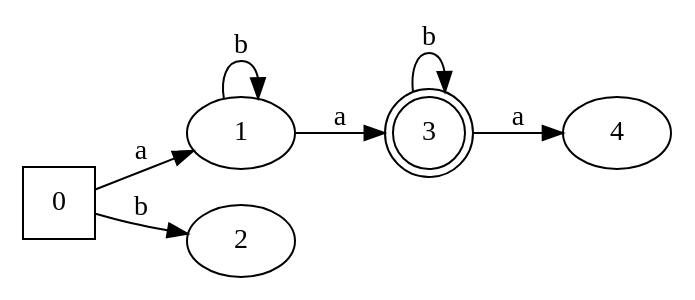
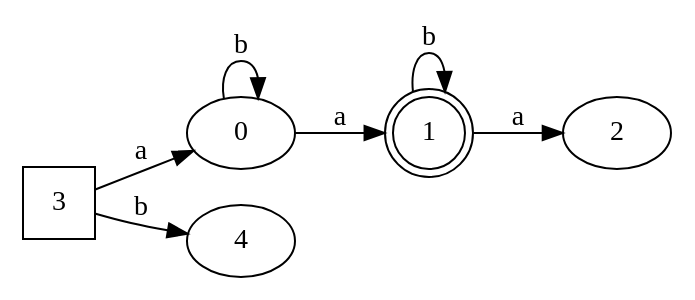
The diagram in graphs/afdd/a.(b)*.a.(b)*.dot (jav-ram/compis1), drawn with Graphviz before and after one commit. The commit also changed 34 other files, not shown here.

```diff
--- a/graphs/afdd/a.(b)*.a.(b)*.dot
+++ b/graphs/afdd/a.(b)*.a.(b)*.dot
@@ -1,15 +1,15 @@
 digraph G {
 	rankdir=LR;
 	0->1[ label=a ];
-	0->2[ label=b ];
-	1->3[ label=a ];
+	0->0[ label=b ];
+	1->2[ label=a ];
 	1->1[ label=b ];
-	3->4[ label=a ];
-	3->3[ label=b ];
-	0 [ shape=square ];
-	1;
+	3->0[ label=a ];
+	3->4[ label=b ];
+	0;
+	1 [ shape=doublecircle ];
 	2;
-	3 [ shape=doublecircle ];
+	3 [ shape=square ];
 	4;
 
 }
```
